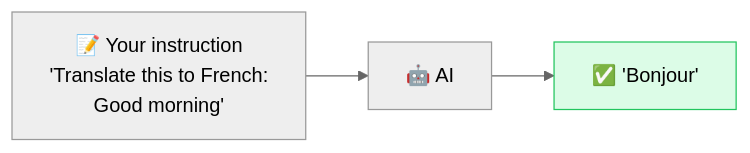
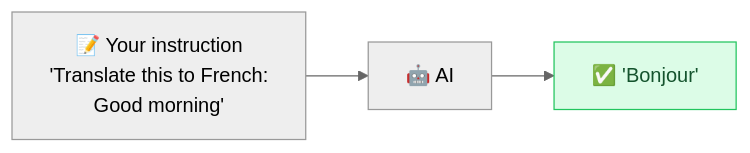
One commit to behnia137/prompt-engineering-visual changed the diagram in techniques/zero-shot.md. Above: the diagram before and after it, drawn with Mermaid (neutral theme). The commit also changed 24 other files, not shown here.

First line of the commit message:
Fix Mermaid: escaped-quote parse errors + dark-mode text contrast

````diff
--- a/techniques/zero-shot.md
+++ b/techniques/zero-shot.md
@@ -7,6 +7,6 @@
 ```mermaid
 flowchart LR
     A["📝 Your instruction<br/>'Translate this to French:<br/>Good morning'"] --> B[🤖 AI]
     B --> C["✅ 'Bonjour'"]
-    style C fill:#dcfce7,stroke:#22c55e
+    style C fill:#dcfce7,stroke:#22c55e,color:#14532d
 ```
````
